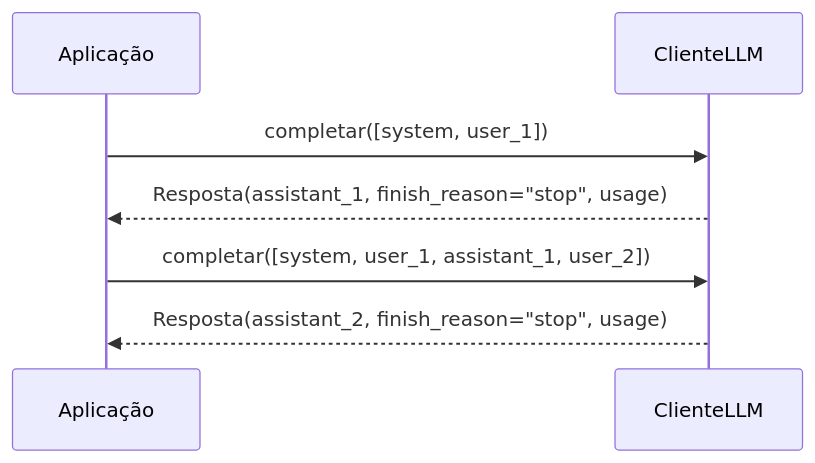
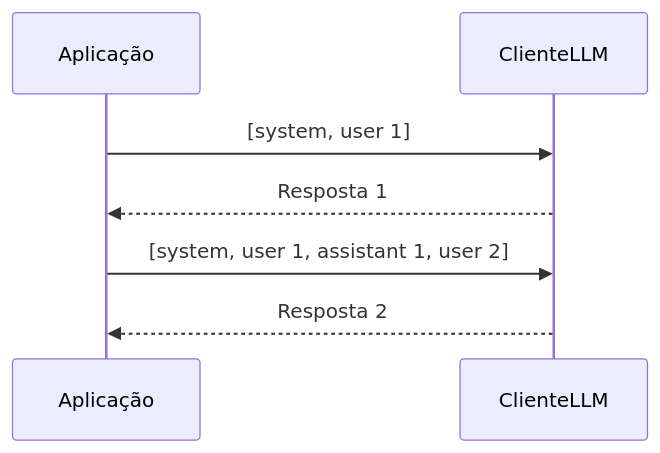
The diagram in content/cursos/n7-engenharia-de-ia/01-llms-e-apis/02-anatomia-de-uma-chamada.lvl.md (Lip3Bazinga/v0-level-usp-project), drawn with Mermaid before and after one commit. The commit also changed other lines of this file and 20 other files, not shown here.

````diff
--- a/content/cursos/n7-engenharia-de-ia/01-llms-e-apis/02-anatomia-de-uma-chamada.lvl.md
+++ b/content/cursos/n7-engenharia-de-ia/01-llms-e-apis/02-anatomia-de-uma-chamada.lvl.md
@@ -30,9 +30,9 @@
 ```mermaid
 sequenceDiagram
     participant App as Aplicação
     participant LLM as ClienteLLM
-    App->>LLM: completar([system, user_1])
-    LLM-->>App: Resposta(assistant_1, finish_reason="stop", usage)
-    App->>LLM: completar([system, user_1, assistant_1, user_2])
-    LLM-->>App: Resposta(assistant_2, finish_reason="stop", usage)
+    App->>LLM: [system, user 1]
+    LLM-->>App: Resposta 1
+    App->>LLM: [system, user 1, assistant 1, user 2]
+    LLM-->>App: Resposta 2
 ```
````
